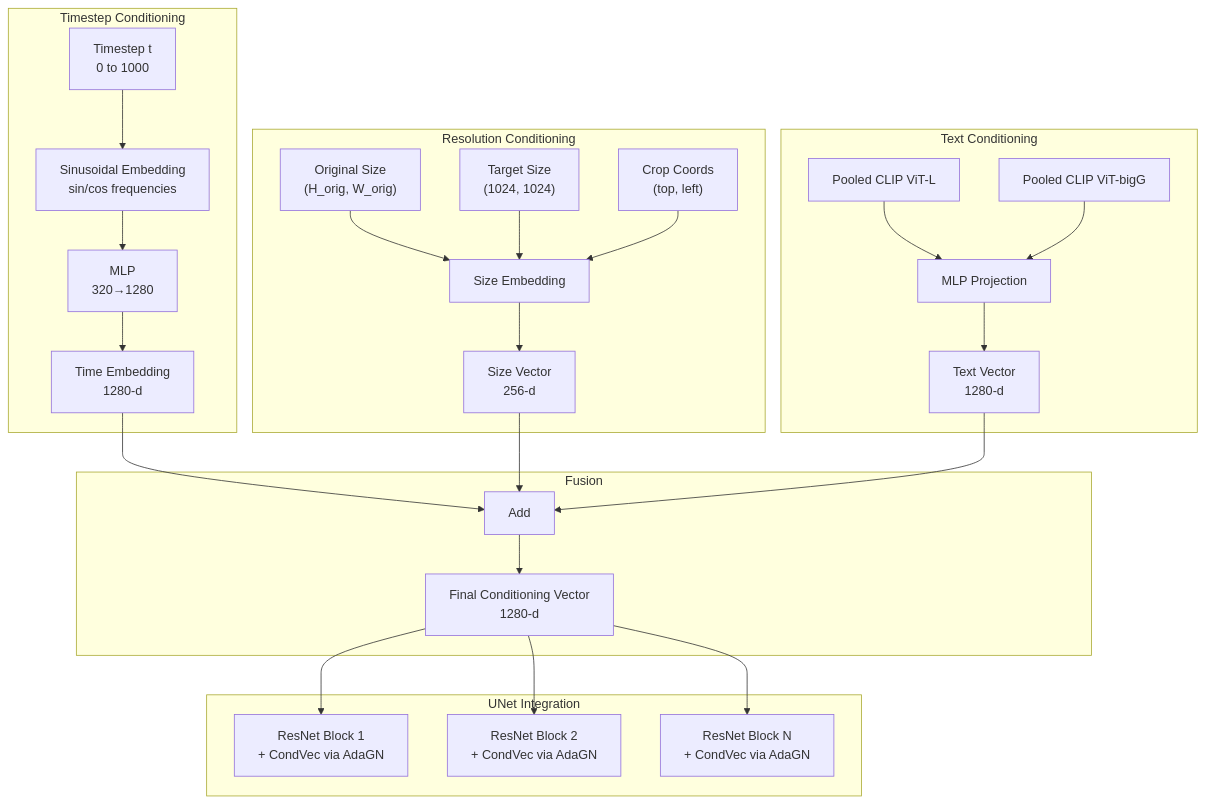
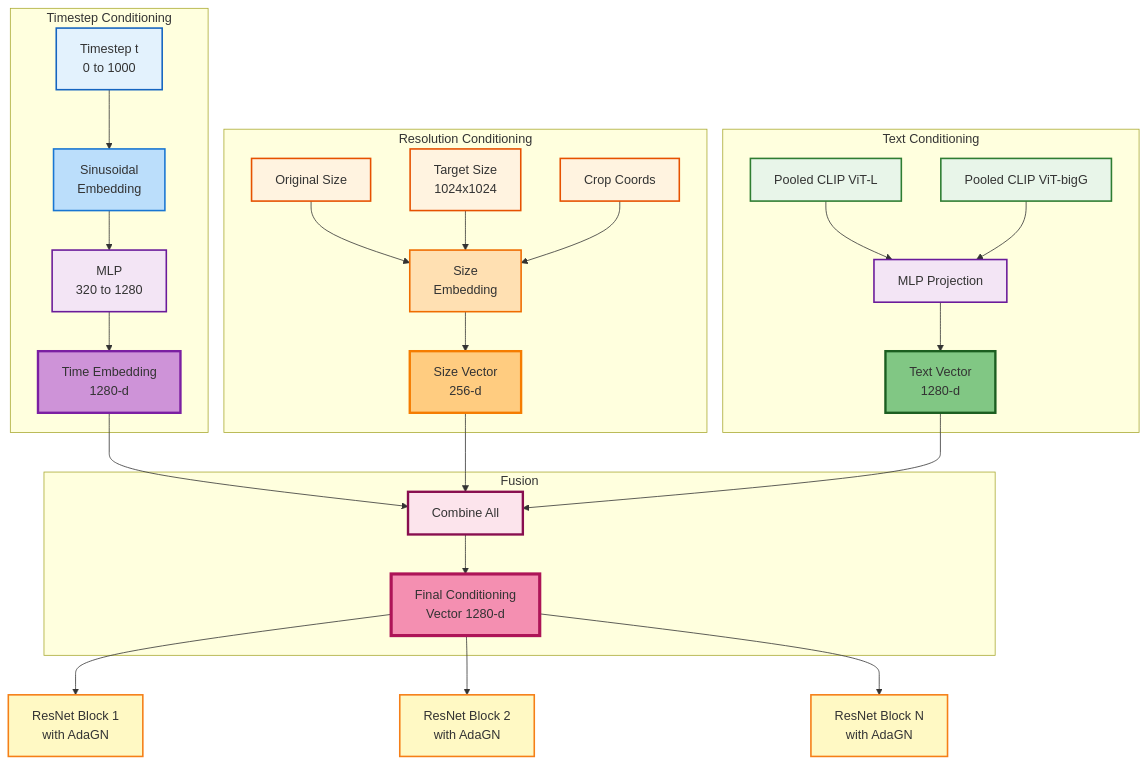
The tenth of 25 diagrams in Documentation.md (Abhyu-S/kortex-sdxl), drawn with Mermaid before and after one commit. The commit also changed other lines of this file and 1 other file, not shown here.

````diff
--- a/Documentation.md
+++ b/Documentation.md
@@ -502,34 +560,45 @@
 ```mermaid
 flowchart TB
-	subgraph Timestep Conditioning
-		T["Timestep t<br/>0 to 1000"] --> Sin[Sinusoidal Embedding<br/>sin/cos frequencies]
-		Sin --> MLP1["MLP<br/>320→1280"]
-		MLP1 --> TimeEmb[Time Embedding<br/>1280-d]
+	subgraph Timestep["Timestep Conditioning"]
+		T[Timestep t<br/>0 to 1000]:::time --> Sin[Sinusoidal<br/>Embedding]:::embed
+		Sin --> MLP1[MLP<br/>320 to 1280]:::mlp
+		MLP1 --> TimeEmb[Time Embedding<br/>1280-d]:::timeEmb
 	end
 	
-	subgraph Resolution Conditioning
-		OrigSize["Original Size<br/>(H_orig, W_orig)"] --> SizeEmb[Size Embedding]
-		TargetSize["Target Size<br/>(1024, 1024)"] --> SizeEmb
-		CropCoords["Crop Coords<br/>(top, left)"] --> SizeEmb
-		SizeEmb --> SizeVec["Size Vector<br/>256-d"]
+	subgraph Resolution["Resolution Conditioning"]
+		OrigSize[Original Size]:::size --> SizeEmb[Size<br/>Embedding]:::sizeEmb
+		TargetSize[Target Size<br/>1024x1024]:::size --> SizeEmb
+		CropCoords[Crop Coords]:::size --> SizeEmb
+		SizeEmb --> SizeVec[Size Vector<br/>256-d]:::sizeVec
 	end
 	
-	subgraph Text Conditioning
-		Pool1[Pooled CLIP ViT-L] --> PoolMLP[MLP Projection]
-		Pool2[Pooled CLIP ViT-bigG] --> PoolMLP
-		PoolMLP --> TextVec[Text Vector<br/>1280-d]
+	subgraph Text["Text Conditioning"]
+		Pool1[Pooled CLIP ViT-L]:::pool --> PoolMLP[MLP Projection]:::mlp
+		Pool2[Pooled CLIP ViT-bigG]:::pool --> PoolMLP
+		PoolMLP --> TextVec[Text Vector<br/>1280-d]:::textVec
 	end
 	
 	subgraph Fusion
-		TimeEmb --> Add[Add]
+		TimeEmb --> Add[Combine All]:::fusion
 		SizeVec --> Add
 		TextVec --> Add
-		Add --> CondVec["Final Conditioning Vector<br/>1280-d"]
+		Add --> CondVec[Final Conditioning<br/>Vector 1280-d]:::final
 	end
 	
-	subgraph UNet Integration
-		CondVec --> ResNet1[ResNet Block 1<br/>+ CondVec via AdaGN]
-		CondVec --> ResNet2[ResNet Block 2<br/>+ CondVec via AdaGN]
-		CondVec --> ResNetN[ResNet Block N<br/>+ CondVec via AdaGN]
-	end
+	CondVec --> ResNet1[ResNet Block 1<br/>with AdaGN]:::resnet
+	CondVec --> ResNet2[ResNet Block 2<br/>with AdaGN]:::resnet
+	CondVec --> ResNetN[ResNet Block N<br/>with AdaGN]:::resnet
+	
+	classDef time fill:#e3f2fd,stroke:#1565c0,stroke-width:2px
+	classDef embed fill:#bbdefb,stroke:#1976d2,stroke-width:2px
+	classDef mlp fill:#f3e5f5,stroke:#6a1b9a,stroke-width:2px
+	classDef timeEmb fill:#ce93d8,stroke:#7b1fa2,stroke-width:3px
+	classDef size fill:#fff3e0,stroke:#e65100,stroke-width:2px
+	classDef sizeEmb fill:#ffe0b2,stroke:#ef6c00,stroke-width:2px
+	classDef sizeVec fill:#ffcc80,stroke:#f57c00,stroke-width:3px
+	classDef pool fill:#e8f5e9,stroke:#2e7d32,stroke-width:2px
+	classDef textVec fill:#81c784,stroke:#1b5e20,stroke-width:3px
+	classDef fusion fill:#fce4ec,stroke:#880e4f,stroke-width:3px
+	classDef final fill:#f48fb1,stroke:#ad1457,stroke-width:4px
+	classDef resnet fill:#fff9c4,stroke:#f57f17,stroke-width:2px
 ```
````
